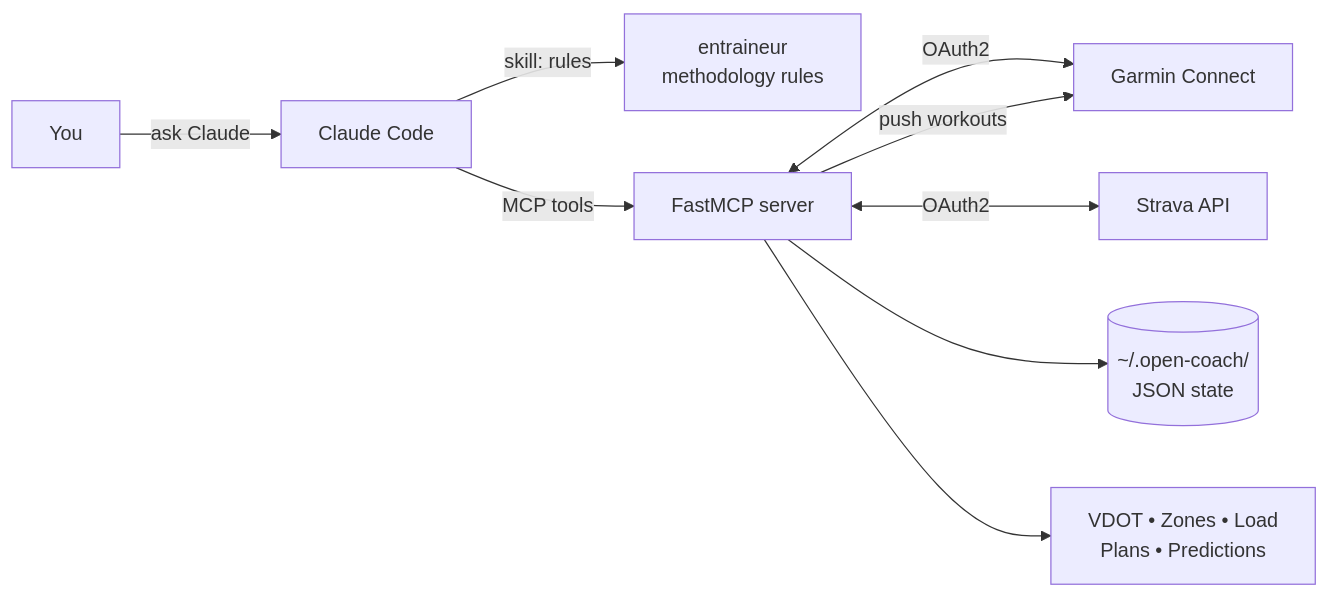
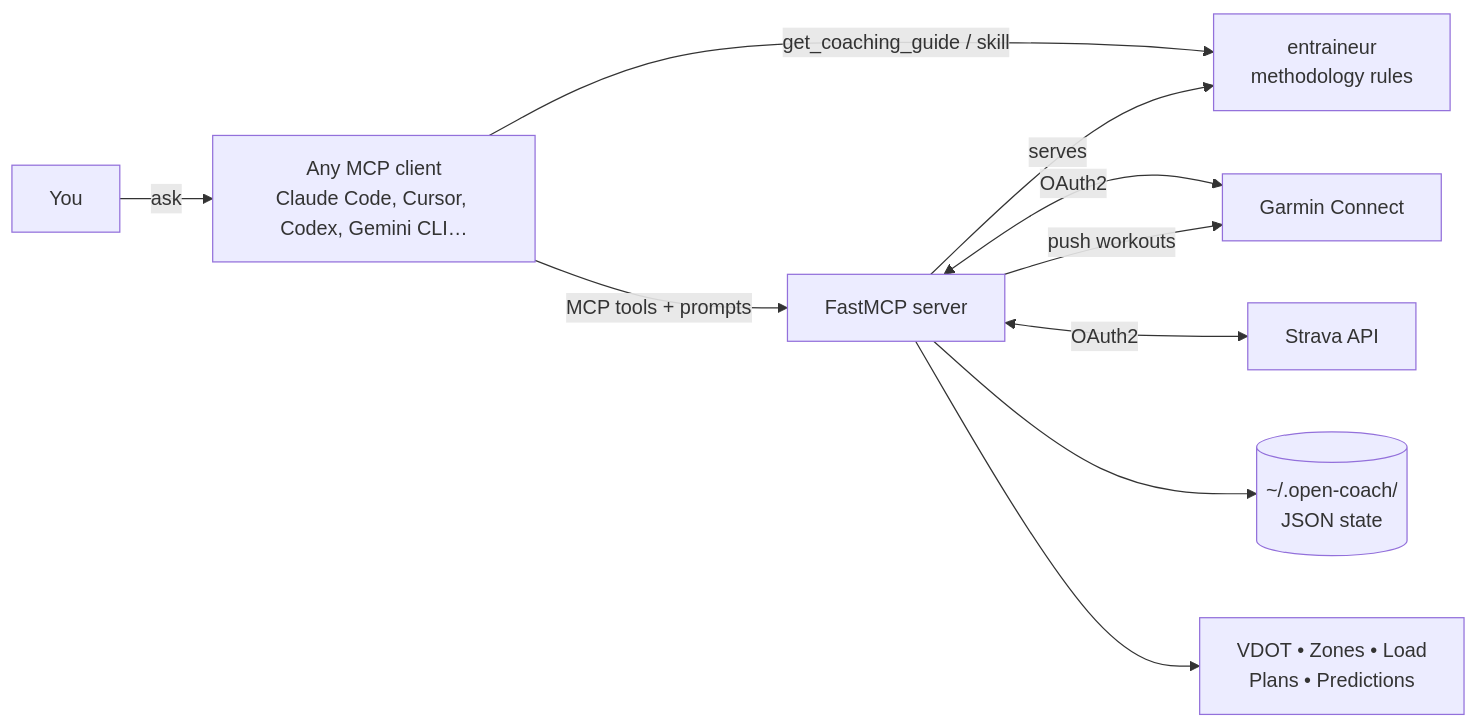
Before and after one commit to d474b3r9/open-coach: the diagram in README.md, drawn with Mermaid. The commit also changed other lines of this file and 33 other files, not shown here.

First line of the commit message:
feat: make the coach usable from any MCP client, not only Claude Code (#1)

````diff
--- a/README.md
+++ b/README.md
@@ -16,11 +16,12 @@
 ```mermaid
 flowchart LR
-    User[You] -->|"ask Claude"| Claude[Claude Code]
-    Claude -->|skill: rules| Entraineur[entraineur<br/>methodology rules]
-    Claude -->|MCP tools| Server[FastMCP server]
+    User[You] -->|"ask"| Client[Any MCP client<br/>Claude Code, Cursor, Codex, Gemini CLI…]
+    Client -->|get_coaching_guide / skill| Entraineur[entraineur<br/>methodology rules]
+    Client -->|MCP tools + prompts| Server[FastMCP server]
+    Server -->|serves| Entraineur
     Server <-->|OAuth2| Garmin[Garmin Connect]
     Server <-->|OAuth2| Strava[Strava API]
     Server --> Storage[(~/.open-coach/<br/>JSON state)]
     Server --> Compute[VDOT • Zones • Load<br/>Plans • Predictions]
     Server -->|push workouts| Garmin
 ```
````
